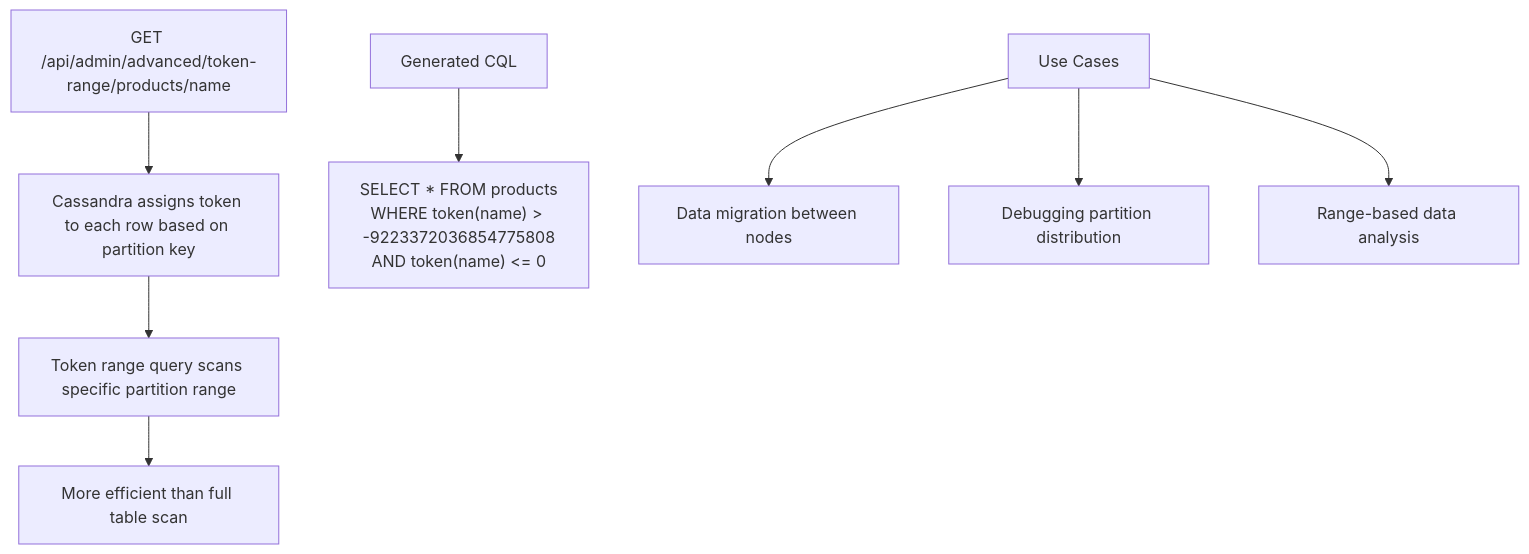
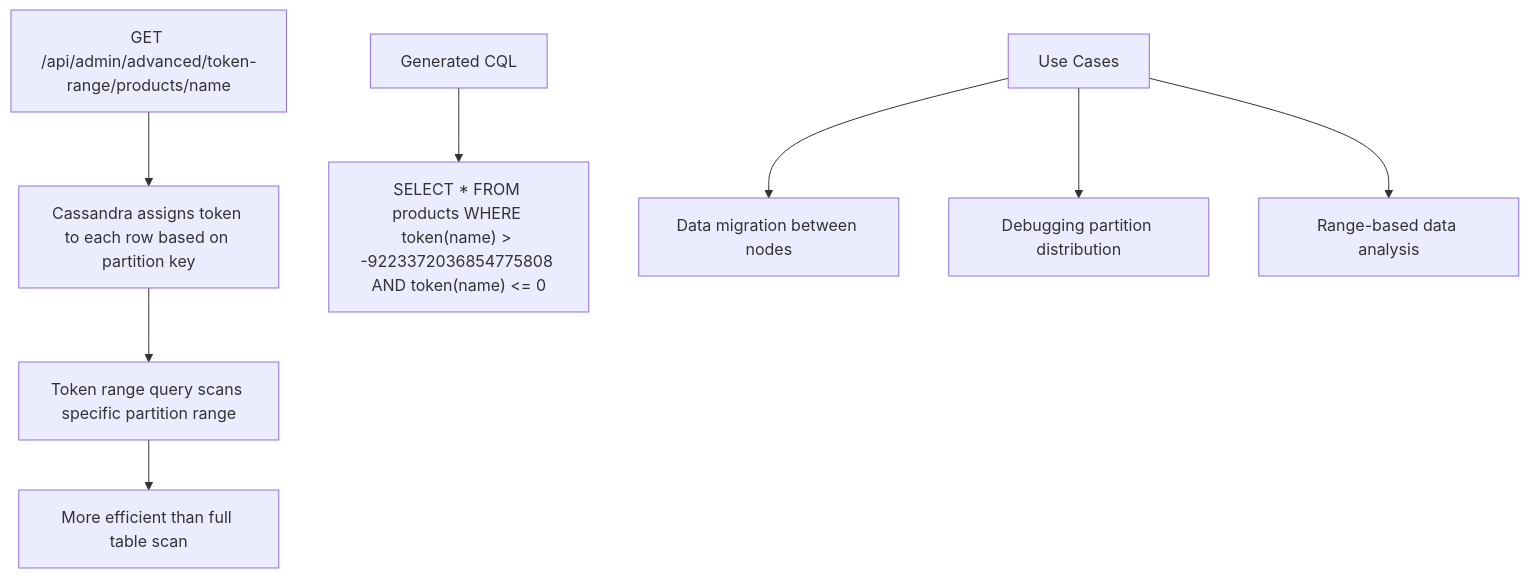
Diagram 14 of 14 in README.md (sawmikcuet19/cassardra-springboot), drawn with Mermaid before and after one commit. The commit also changed other lines of this file, not shown here.

Commit message:
Fix Mermaid diagrams: remove special chars causing parse errors, remove color styles

````diff
--- a/README.md
+++ b/README.md
@@ -453,12 +437,12 @@
 ```mermaid
 flowchart TD
-    A[GET /api/admin/advanced/token-range/products/name] --> B[Cassandra assigns token to each row based on partition key]
-    B --> C[Token range query scans specific partition range]
-    C --> D[More efficient than full table scan]
+    A["GET /api/admin/advanced/token-range/products/name"] --> B["Cassandra assigns token to each row based on partition key"]
+    B --> C["Token range query scans specific partition range"]
+    C --> D["More efficient than full table scan"]
 
-    E[Generated CQL] --> F["SELECT * FROM products<br/>WHERE token(name) > -9223372036854775808<br/>AND token(name) <= 0"]
+    E["Generated CQL"] --> F["SELECT * FROM products WHERE token(name) > -9223372036854775808 AND token(name) <= 0"]
 
-    G[Use Cases] --> H[Data migration between nodes]
-    G --> I[Debugging partition distribution]
-    G --> J[Range-based data analysis]
+    G["Use Cases"] --> H["Data migration between nodes"]
+    G --> I["Debugging partition distribution"]
+    G --> J["Range-based data analysis"]
 ```
````
